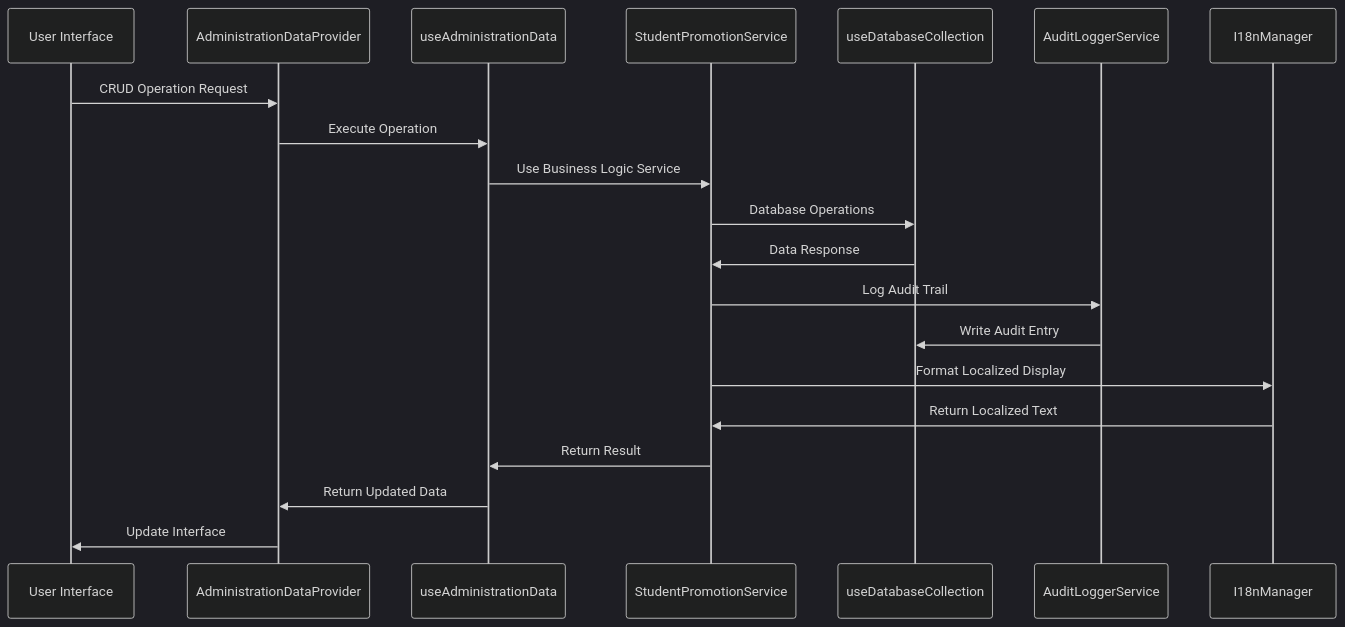
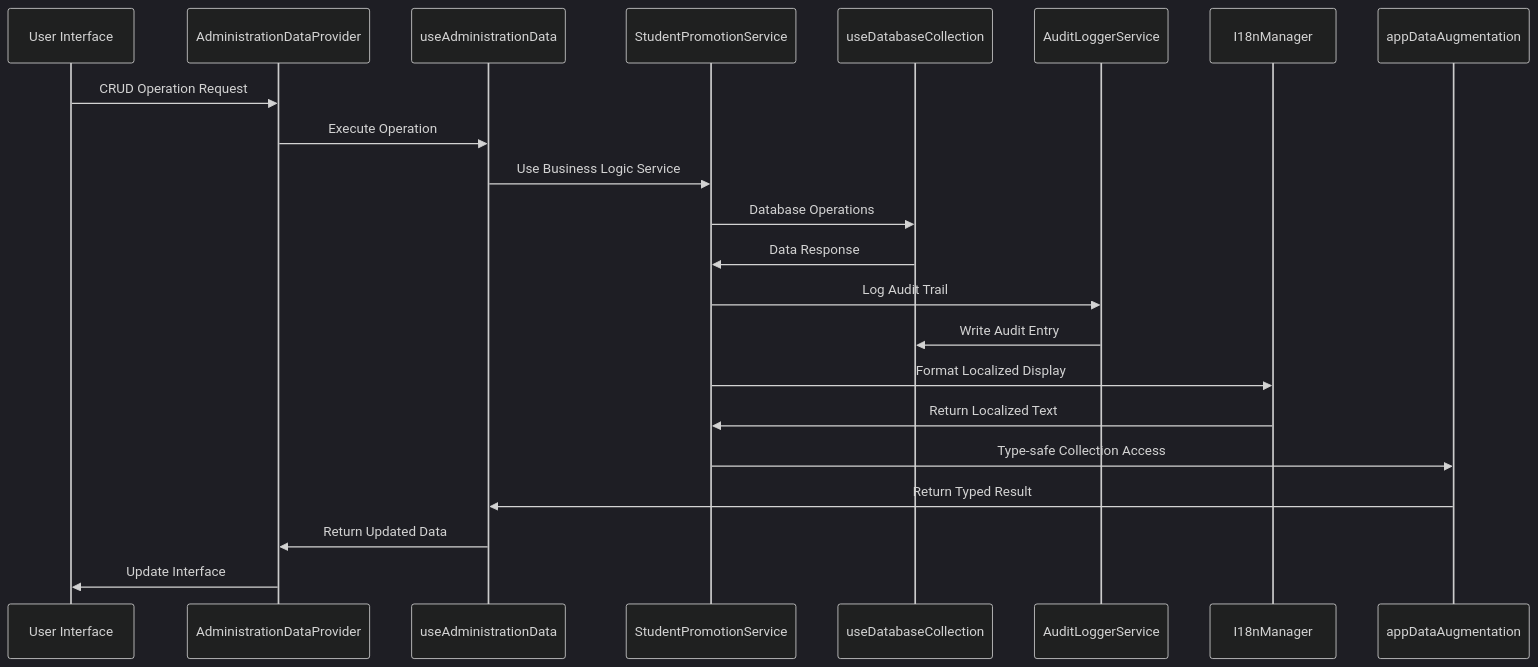
The third of 5 diagrams in .qoder/repowiki/en/content/Modules System/Administration Module.md (geniusdynamics/schoolpilot), drawn with Mermaid (dark theme) before and after one commit. The commit also changed other lines of this file and 54 other files, not shown here.

````diff
--- a/.qoder/repowiki/en/content/Modules System/Administration Module.md
+++ b/.qoder/repowiki/en/content/Modules System/Administration Module.md
@@ -292,22 +332,24 @@
 ```mermaid
 sequenceDiagram
 participant UI as User Interface
 participant Provider as AdministrationDataProvider
 participant Hook as useAdministrationData
 participant Service as StudentPromotionService
 participant Collection as useDatabaseCollection
 participant AuditService as AuditLoggerService
 participant I18n as I18nManager
+participant Augmentation as appDataAugmentation
 UI->>Provider : CRUD Operation Request
 Provider->>Hook : Execute Operation
 Hook->>Service : Use Business Logic Service
 Service->>Collection : Database Operations
 Collection->>Service : Data Response
 Service->>AuditService : Log Audit Trail
 AuditService->>Collection : Write Audit Entry
 Service->>I18n : Format Localized Display
 I18n->>Service : Return Localized Text
-Service->>Hook : Return Result
+Service->>Augmentation : Type-safe Collection Access
+Augmentation->>Hook : Return Typed Result
 Hook->>Provider : Return Updated Data
 Provider->>UI : Update Interface
 ```
````
